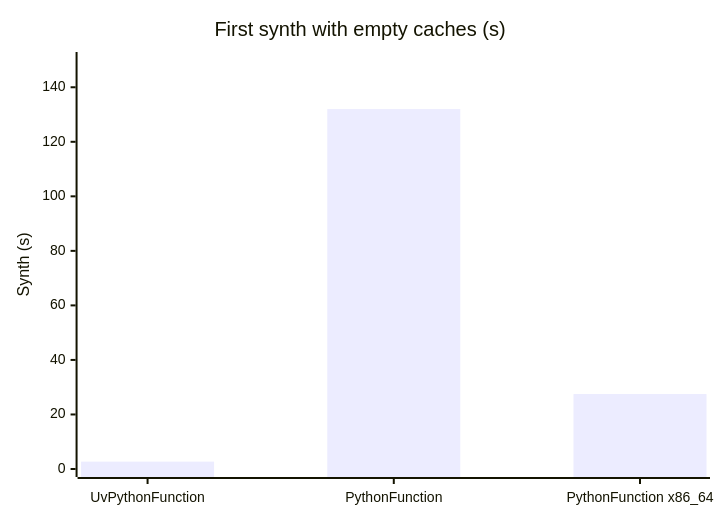
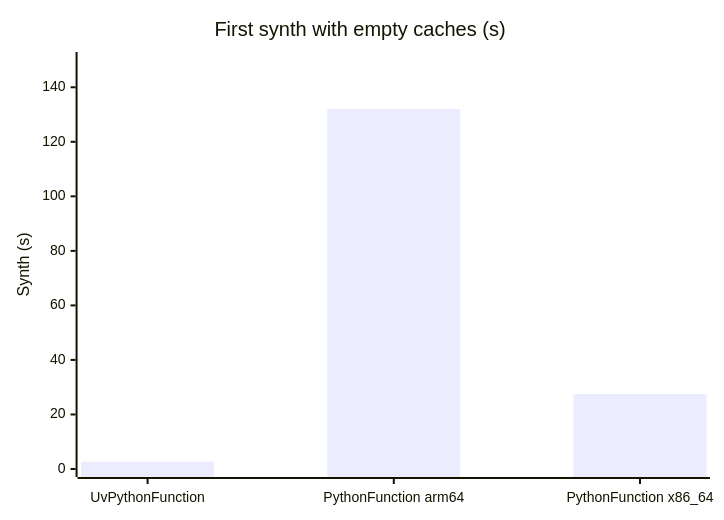
Before and after one commit to garysassano/aws-examples: the third of 3 diagrams in cdk/lambda-python-uv-enhanced/README.md, drawn with Mermaid. The commit also changed other lines of this file, not shown here.

First line of the commit message:
docs(cdk/lambda-python-uv-enhanced): name both official build columns by architecture (#32)

````diff
--- a/cdk/lambda-python-uv-enhanced/README.md
+++ b/cdk/lambda-python-uv-enhanced/README.md
@@ -79,7 +79,7 @@
 ```mermaid
 xychart-beta
   title "First synth with empty caches (s)"
-  x-axis ["UvPythonFunction", "PythonFunction", "PythonFunction x86_64"]
+  x-axis ["UvPythonFunction", "PythonFunction arm64", "PythonFunction x86_64"]
   y-axis "Synth (s)" 0 --> 150
   bar [2.7, 132, 27.5]
 ```
````
